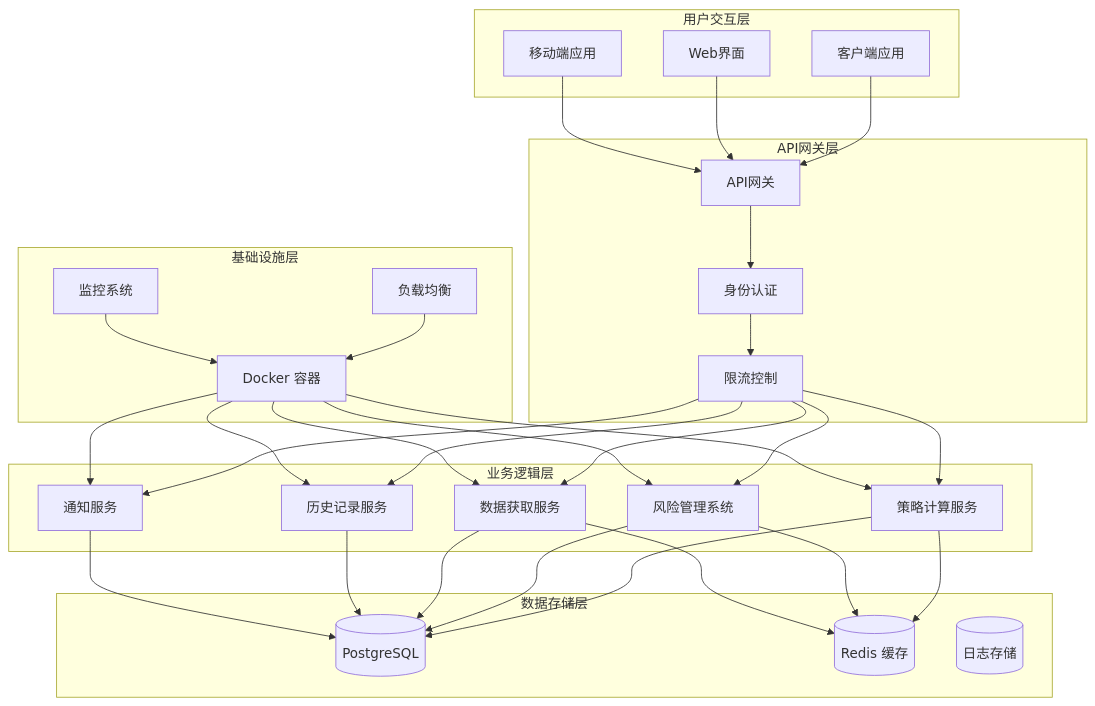
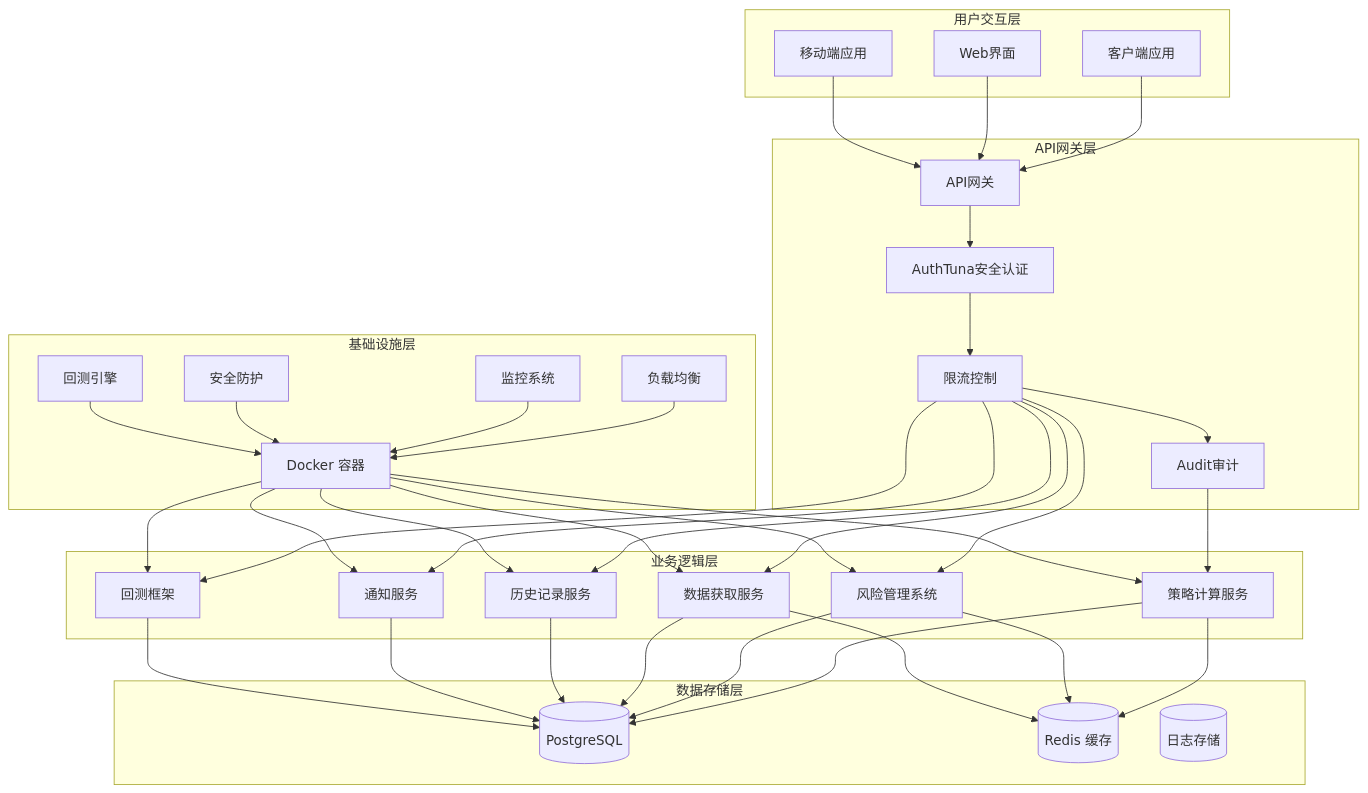
One commit to raymodny-ai/The-Modern-Turtle-Protocol changed the second of 10 diagrams in .qoder/repowiki/zh/content/核心功能模块/核心功能模块.md. Above: the diagram before and after it, drawn with Mermaid. The commit also changed other lines of this file and 15 other files, not shown here.

````diff
--- a/.qoder/repowiki/zh/content/核心功能模块/核心功能模块.md
+++ b/.qoder/repowiki/zh/content/核心功能模块/核心功能模块.md
@@ -153,55 +198,65 @@
 ```mermaid
 graph TD
 subgraph "用户交互层"
 Client[客户端应用]
 WebUI[Web界面]
 Mobile[移动端应用]
 end
 subgraph "API网关层"
 Gateway[API网关]
-Auth[身份认证]
+Auth[AuthTuna安全认证]
 RateLimit[限流控制]
+Audit[Audit审计]
 end
 subgraph "业务逻辑层"
 Strategy[策略计算服务]
 Risk[风险管理系统]
 Data[数据获取服务]
 History[历史记录服务]
 Notify[通知服务]
+Backtest[回测框架]
 end
 subgraph "数据存储层"
 PostgreSQL[(PostgreSQL)]
 Redis[(Redis 缓存)]
 LogStorage[(日志存储)]
 end
 subgraph "基础设施层"
 Container[Docker 容器]
 LoadBalancer[负载均衡]
 Monitoring[监控系统]
+Security[安全防护]
+BacktestEngine[回测引擎]
 end
 Client --> Gateway
 WebUI --> Gateway
 Mobile --> Gateway
 Gateway --> Auth
 Auth --> RateLimit
-RateLimit --> Strategy
+RateLimit --> Audit
+Audit --> Strategy
 RateLimit --> Risk
 RateLimit --> Data
 RateLimit --> History
 RateLimit --> Notify
+RateLimit --> Backtest
 Strategy --> PostgreSQL
 Risk --> PostgreSQL
 Data --> PostgreSQL
 History --> PostgreSQL
 Notify --> PostgreSQL
+Backtest --> PostgreSQL
 Strategy --> Redis
 Risk --> Redis
 Data --> Redis
 Container --> Strategy
 Container --> Risk
 Container --> Data
 Container --> History
 Container --> Notify
+Container --> Backtest
 LoadBalancer --> Container
 Monitoring --> Container
+Security --> Container
+BacktestEngine --> Container
 ```
````
